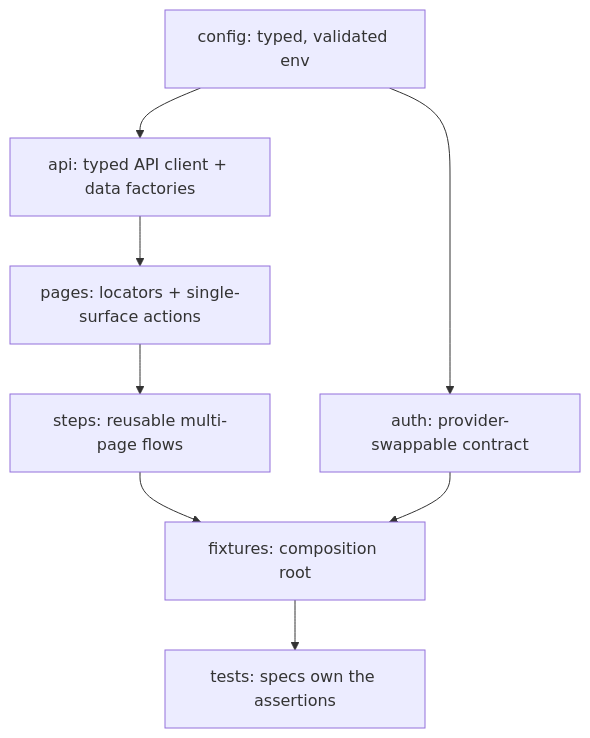
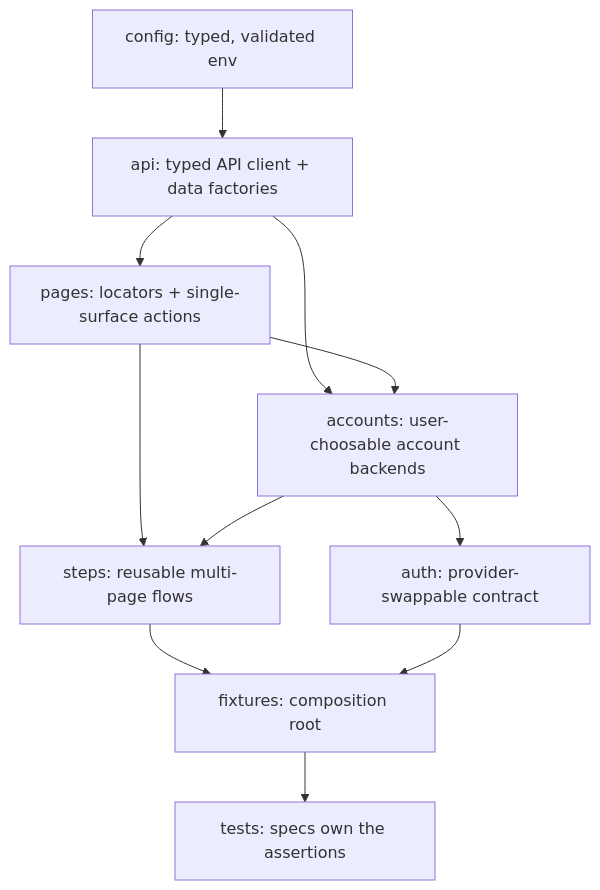
The diagram in ARCHITECTURE.md (openedx/end-to-end-tests), drawn with Mermaid before and after one commit. The commit also changed other lines of this file and 14 other files, not shown here.

````diff
--- a/ARCHITECTURE.md
+++ b/ARCHITECTURE.md
@@ -13,18 +13,22 @@
 ```mermaid
 graph TD
     config[config: typed, validated env]
     api[api: typed API client + data factories]
     pages[pages: locators + single-surface actions]
     steps[steps: reusable multi-page flows]
     fixtures[fixtures: composition root]
     tests[tests: specs own the assertions]
+    accounts[accounts: user-choosable account backends]
     auth[auth: provider-swappable contract]
 
     config --> api
     api --> pages
     pages --> steps
     steps --> fixtures
     fixtures --> tests
-    config --> auth
+    api --> accounts
+    pages --> accounts
+    accounts --> auth
+    accounts --> steps
     auth --> fixtures
 ```
````
